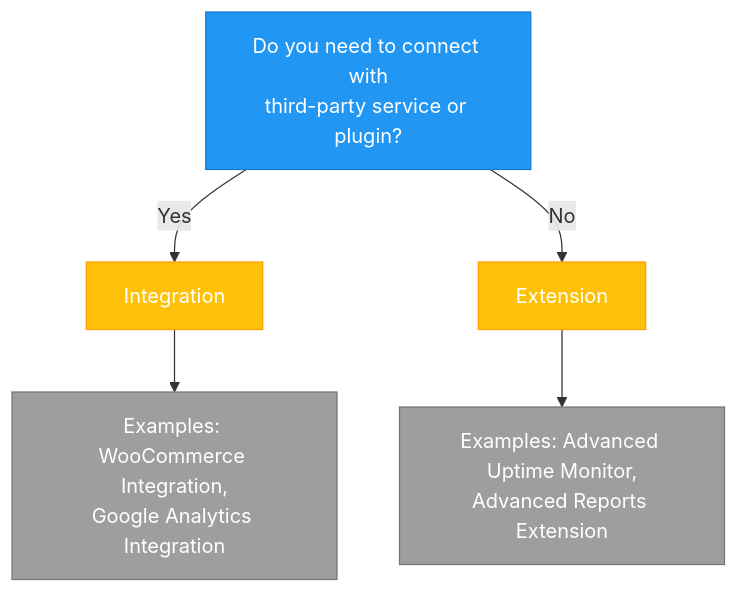
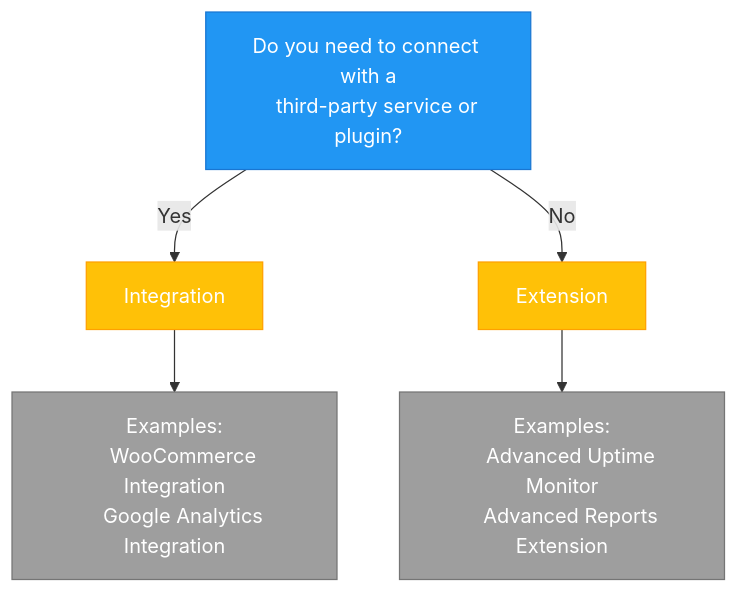
The second of 2 diagrams in guides/templates/getting-started-template.md (mainwp/mainwp.dev), drawn with Mermaid before and after one commit. The commit also changed other lines of this file, not shown here.

Commit message:
Update getting-started-template.md with improved formatting

```diff
--- a/guides/templates/getting-started-template.md
+++ b/guides/templates/getting-started-template.md
@@ -82,13 +77,24 @@
 <div class="mermaid">
 flowchart TD
-    A["Do you need to connect with\nthird-party service or plugin?"] -->|Yes| B[Integration]
-    A -->|No| C[Extension]
-    B --> D["Examples: WooCommerce Integration,\nGoogle Analytics Integration"]
-    C --> E["Examples: Advanced Uptime Monitor,\nAdvanced Reports Extension"]
+    A["Do you need to connect with a
+    third-party service or plugin?"]
+    B[Integration]
+    C[Extension]
+    D["Examples:
+    WooCommerce Integration
+    Google Analytics Integration"]
+    E["Examples:
+    Advanced Uptime Monitor
+    Advanced Reports Extension"]
+    
+    A -->|Yes| B
+    A -->|No| C
+    B --> D
+    C --> E
     
     style A fill:#2196F3,stroke:#1976D2,color:white
     style B fill:#FFC107,stroke:#FFA000,color:white
     style C fill:#FFC107,stroke:#FFA000,color:white
     style D fill:#9E9E9E,stroke:#757575,color:white
     style E fill:#9E9E9E,stroke:#757575,color:white
 </div>
```
